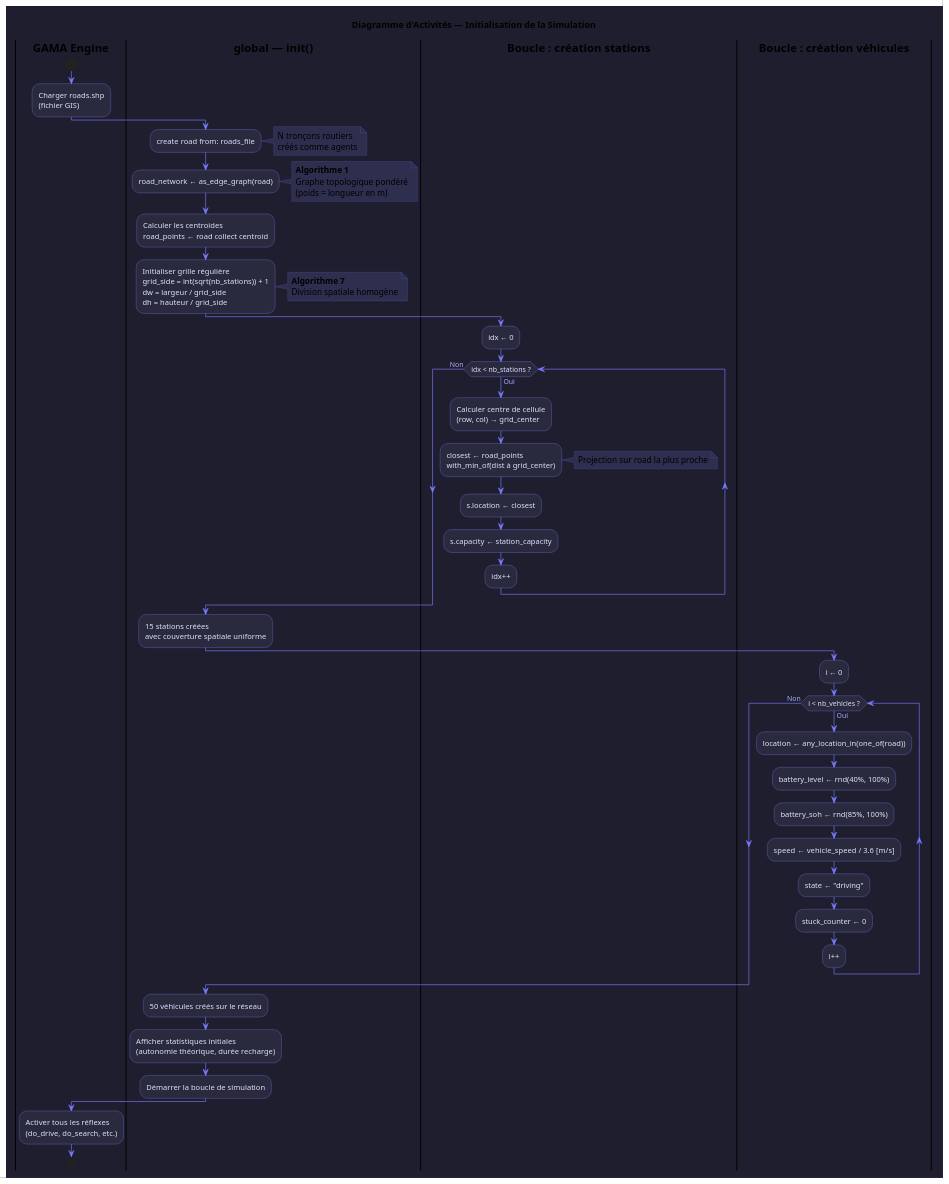
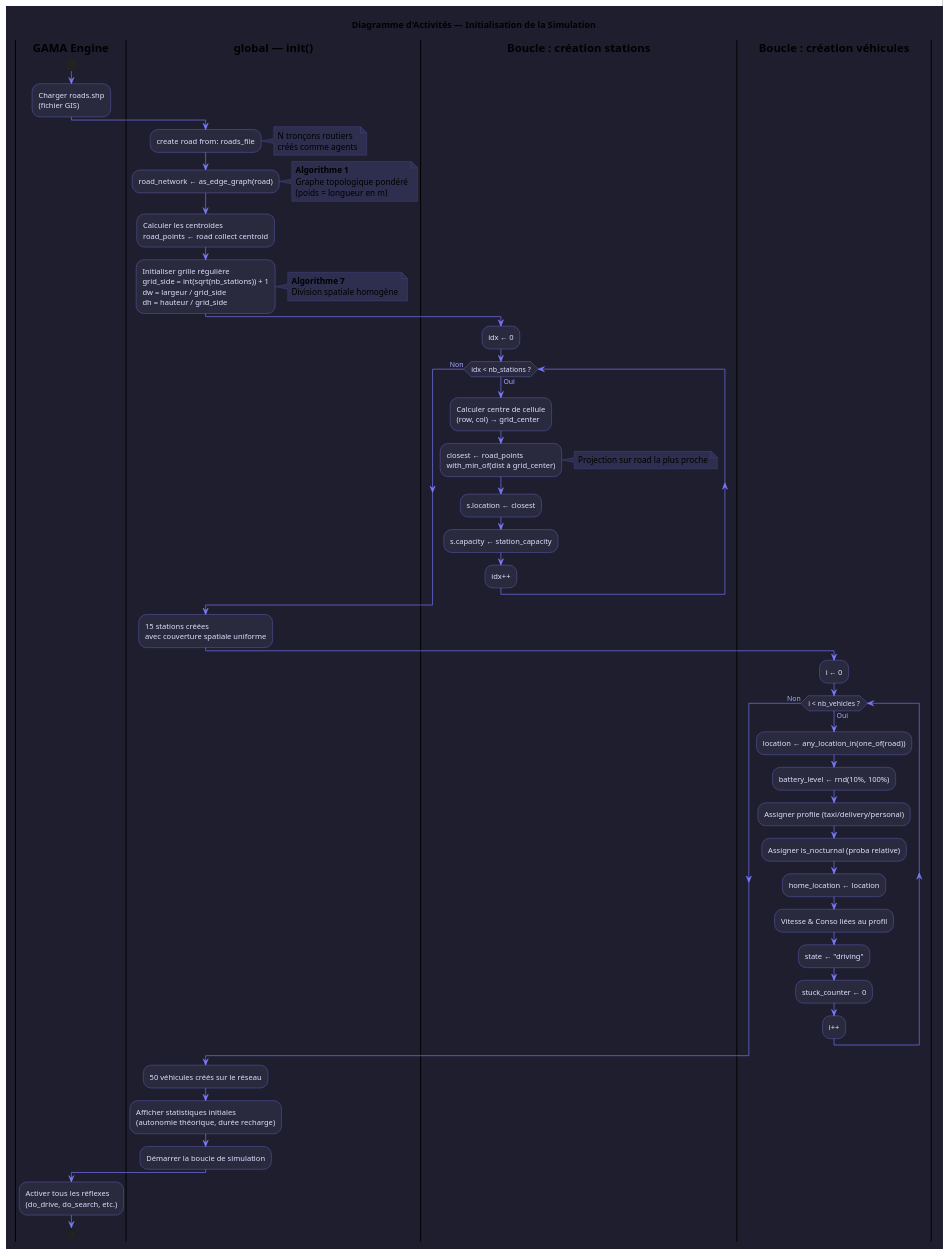
Before and after one commit to Tchoutouo/ev_charging_simulation: the diagram in diagrams/05_activite_initialisation.puml, drawn with PlantUML. The commit also changed 10 other files, not shown here.

```diff
--- a/diagrams/05_activite_initialisation.puml
+++ b/diagrams/05_activite_initialisation.puml
@@ -1,70 +1,72 @@
 @startuml 05_Activite_Init
 
 skinparam backgroundColor #1E1E2E
 skinparam ActivityBackgroundColor #2A2A3E
 skinparam ActivityBorderColor #7C7CFF
 skinparam ActivityFontColor #E0E0FF
 skinparam ArrowColor #7C7CFF
 skinparam ArrowFontColor #AAAAFF
 skinparam PartitionBackgroundColor #252540
 skinparam PartitionBorderColor #5555AA
 skinparam PartitionFontColor #CCCCFF
 skinparam NoteBackgroundColor #2E2E4E
 skinparam NoteBorderColor #5555AA
 skinparam DiamondBackgroundColor #3A2A5A
 skinparam DiamondBorderColor #7C7CFF
 
 title Diagramme d'Activités — Initialisation de la Simulation
 
 |**GAMA Engine**|
 start
 :Charger roads.shp\n(fichier GIS);
 
 |**global — init()**|
 :create road from: roads_file;
 note right : N tronçons routiers\ncréés comme agents
 
 :road_network ← as_edge_graph(road);
 note right : **Algorithme 1**\nGraphe topologique pondéré\n(poids = longueur en m)
 
 :Calculer les centroides\nroad_points ← road collect centroid;
 
 :Initialiser grille régulière\ngrid_side = int(sqrt(nb_stations)) + 1\ndw = largeur / grid_side\ndh = hauteur / grid_side;
 note right : **Algorithme 7**\nDivision spatiale homogène
 
 |**Boucle : création stations**|
 :idx ← 0;
 while (idx < nb_stations ?) is (Oui)
     :Calculer centre de cellule\n(row, col) → grid_center;
     :closest ← road_points\nwith_min_of(dist à grid_center);
     note right : Projection sur road la plus proche
     :s.location ← closest;
     :s.capacity ← station_capacity;
     :idx++;
 endwhile (Non)
 
 |**global — init()**|
 :15 stations créées\navec couverture spatiale uniforme;
 
 |**Boucle : création véhicules**|
 :i ← 0;
 while (i < nb_vehicles ?) is (Oui)
     :location ← any_location_in(one_of(road));
-    :battery_level ← rnd(40%, 100%);
-    :battery_soh ← rnd(85%, 100%);
-    :speed ← vehicle_speed / 3.6  [m/s];
+    :battery_level ← rnd(10%, 100%);
+    :Assigner profile (taxi/delivery/personal);
+    :Assigner is_nocturnal (proba relative);
+    :home_location ← location;
+    :Vitesse & Conso liées au profil;
     :state ← "driving";
     :stuck_counter ← 0;
     :i++;
 endwhile (Non)
 
 |**global — init()**|
 :50 véhicules créés sur le réseau;
 :Afficher statistiques initiales\n(autonomie théorique, durée recharge);
 :Démarrer la boucle de simulation;
 
 |**GAMA Engine**|
 :Activer tous les réflexes\n(do_drive, do_search, etc.);
 stop
 
 @enduml
```
